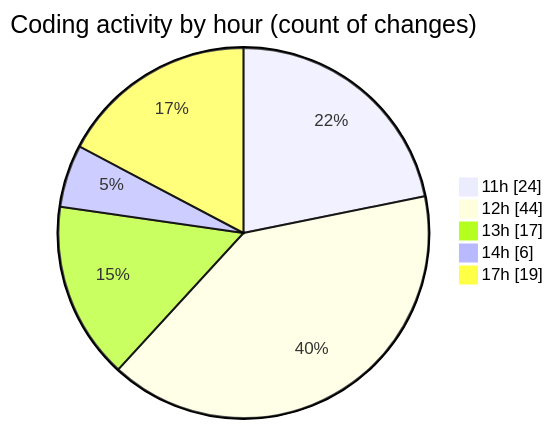
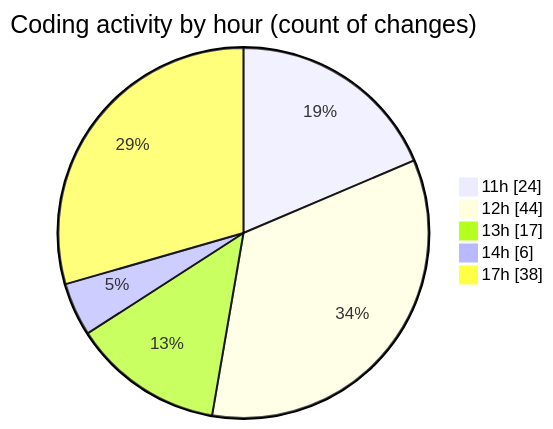
Before and after one commit to nxtqubesakshisongat/code-tracking: the second of 2 diagrams in 2025-05-10/argos-dev/README.md, drawn with Mermaid. The commit also changed other lines of this file and 1 other file, not shown here.

````diff
--- a/2025-05-10/argos-dev/README.md
+++ b/2025-05-10/argos-dev/README.md
@@ -37,9 +37,9 @@
 ```mermaid
 pie showData
 title Coding activity by hour (count of changes)
 "11h" : 24
 "12h" : 44
 "13h" : 17
 "14h" : 6
-"17h" : 19
+"17h" : 38
 ```
````
